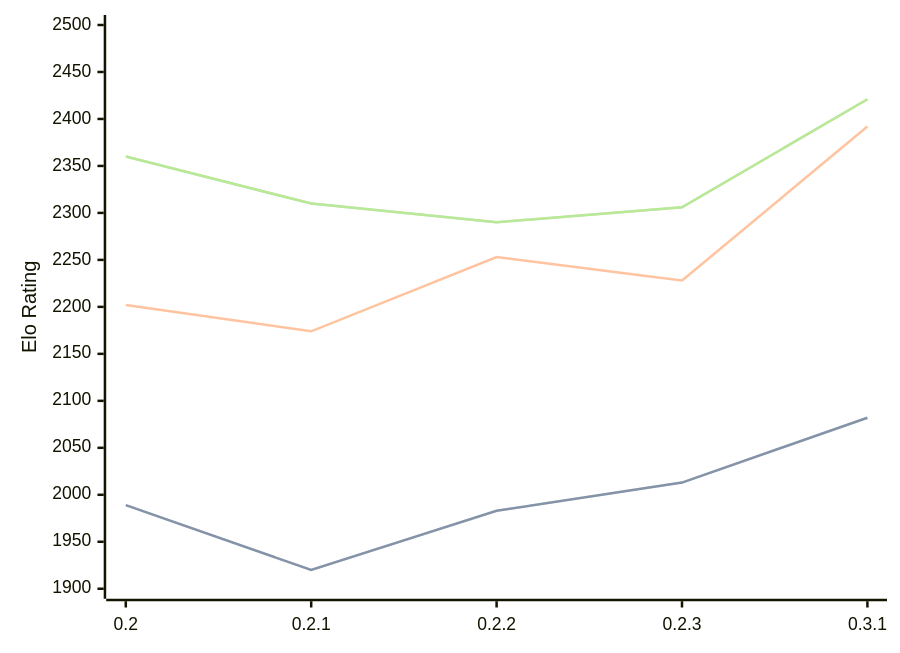
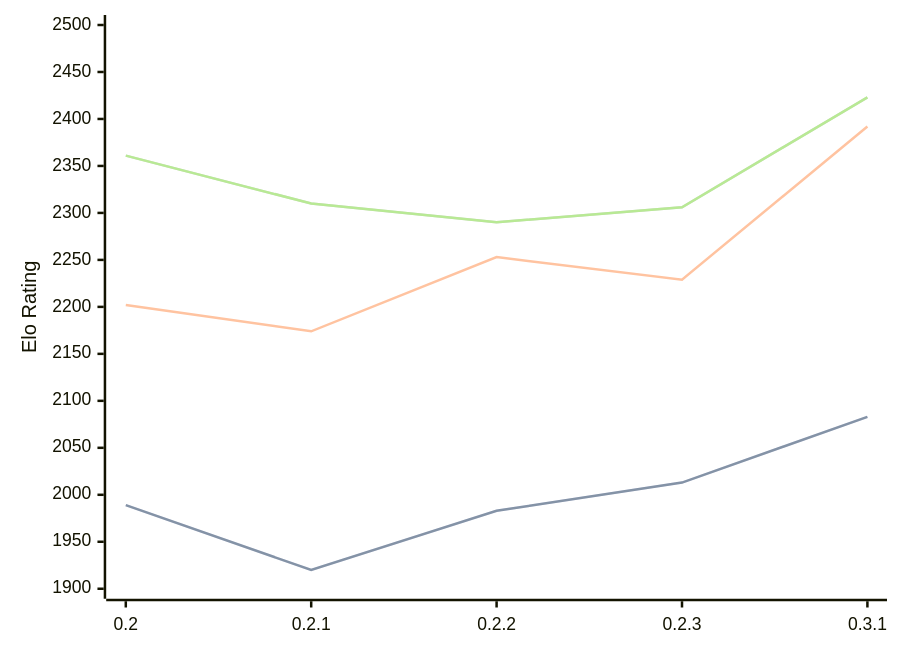
One commit to computer-chess-index/cci changed the diagram in engines/Lolbot.md. Above: the diagram before and after it, drawn with Mermaid. The commit also changed other lines of this file, not shown here.

Commit message:
Update CCI Ratings (ELO VLTC) - 2026-08-01

````diff
--- a/engines/Lolbot.md
+++ b/engines/Lolbot.md
@@ -36,11 +36,11 @@
 ```mermaid
 %%{init: {"theme":"base","themeVariables":{"seriesColors:['#a3a3a3','#222221','#faa371']}}}%%
 xychart-beta
   x-axis ["0.2", "0.2.1", "0.2.2", "0.2.3", "0.3.1"]
   y-axis "Elo Rating" 1900 --> 2500
-  line "STC (8.0+0.08s)" [1989, 1920, 1983, 2013, 2082]
-  line "STC (8.0+0.08s)" [1989, 1920, 1983, 2013, 2082]
-  line "LTC (60.0+0.60s)" [2202, 2174, 2253, 2228, 2392]
-  line "VLTC (2m24s+1.12s)" [2360, 2310, 2290, 2306, 2421]
-  line "VLTC (2m24s+1.12s)" [2360, 2310, 2290, 2306, 2421]
+  line "STC (8.0+0.08s)" [1989, 1920, 1983, 2013, 2083]
+  line "STC (8.0+0.08s)" [1989, 1920, 1983, 2013, 2083]
+  line "LTC (60.0+0.60s)" [2202, 2174, 2253, 2229, 2392]
+  line "VLTC (2m24s+1.12s)" [2361, 2310, 2290, 2306, 2423]
+  line "VLTC (2m24s+1.12s)" [2361, 2310, 2290, 2306, 2423]
 ```
````
